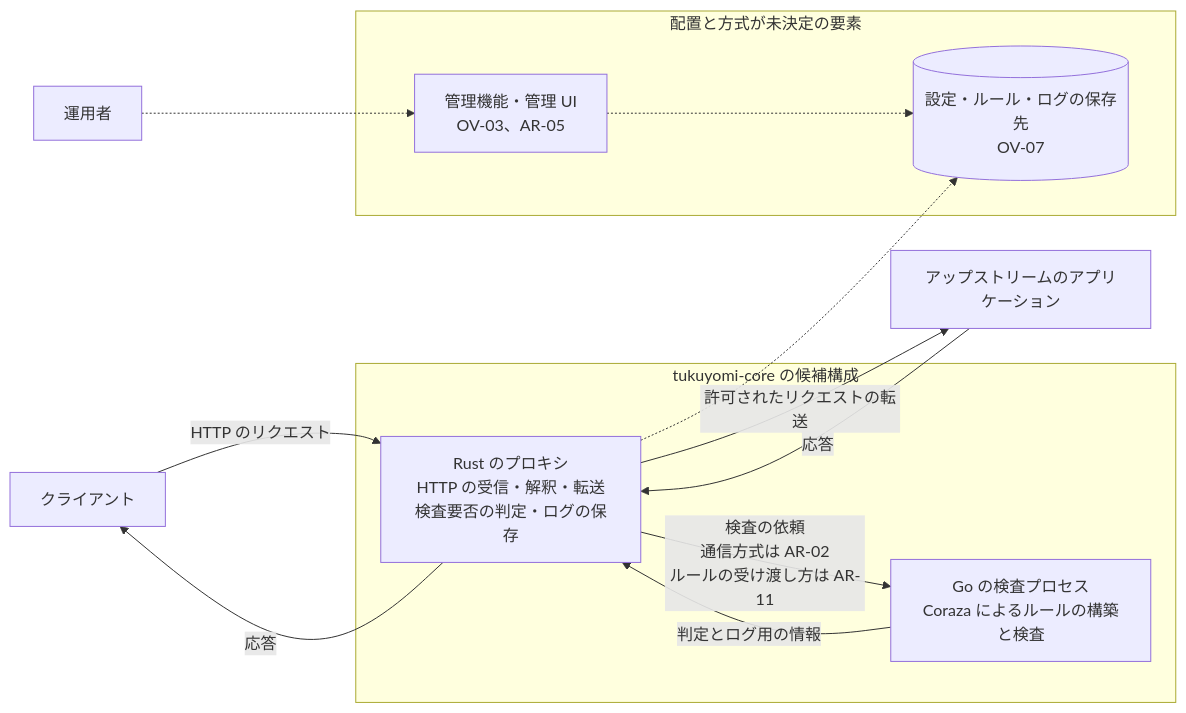
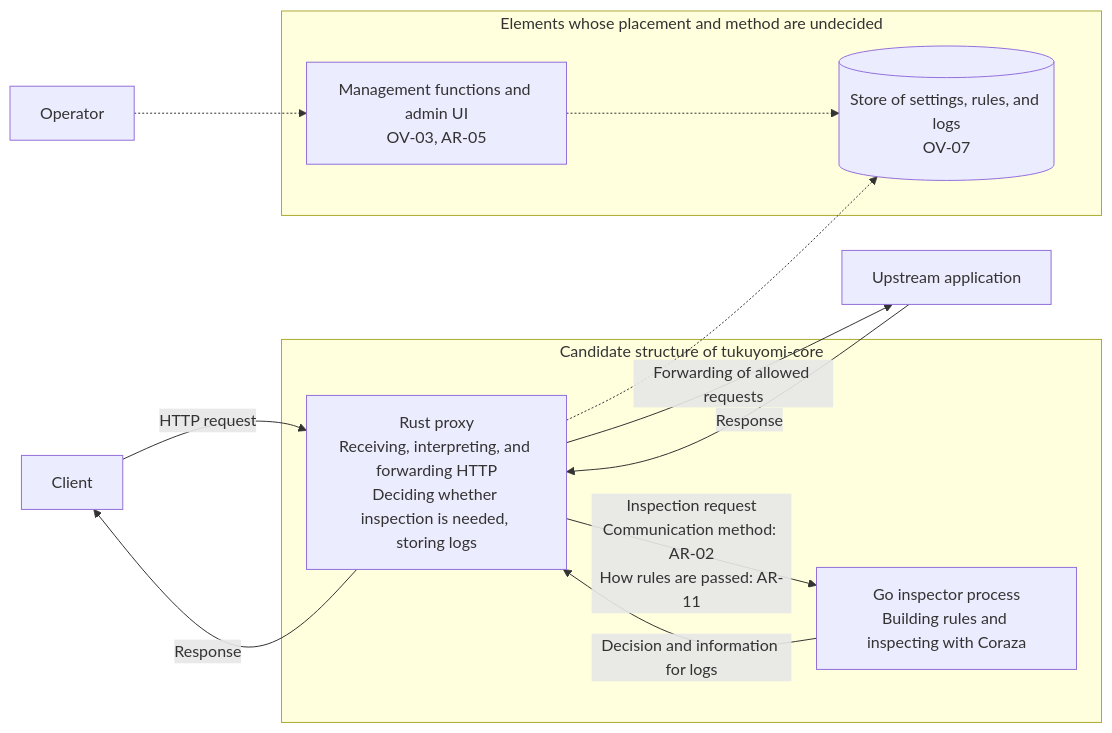
Before and after one commit to vril-dev/tukuyomi-core: the first of 2 diagrams in docs/detailed-design/00_overview/architecture.md, drawn with Mermaid. The commit also changed other lines of this file and 15 other files, not shown here.

````diff
--- a/docs/detailed-design/00_overview/architecture.md
+++ b/docs/detailed-design/00_overview/architecture.md
@@ -26,23 +28,23 @@
 ```mermaid
 flowchart LR
-    client["クライアント"]
-    upstream["アップストリームのアプリケーション"]
-    operator["運用者"]
-    subgraph candidate ["tukuyomi-core の候補構成"]
-        rust["Rust のプロキシ<br/>HTTP の受信・解釈・転送<br/>検査要否の判定・ログの保存"]
-        inspector["Go の検査プロセス<br/>Coraza によるルールの構築と検査"]
+    client["Client"]
+    upstream["Upstream application"]
+    operator["Operator"]
+    subgraph candidate ["Candidate structure of tukuyomi-core"]
+        rust["Rust proxy<br/>Receiving, interpreting, and forwarding HTTP<br/>Deciding whether inspection is needed, storing logs"]
+        inspector["Go inspector process<br/>Building rules and inspecting with Coraza"]
     end
-    subgraph undecided ["配置と方式が未決定の要素"]
-        store[("設定・ルール・ログの保存先<br/>OV-07")]
-        mgmt["管理機能・管理 UI<br/>OV-03、AR-05"]
+    subgraph undecided ["Elements whose placement and method are undecided"]
+        store[("Store of settings, rules, and logs<br/>OV-07")]
+        mgmt["Management functions and admin UI<br/>OV-03, AR-05"]
     end
-    client -->|"HTTP のリクエスト"| rust
-    rust -->|"許可されたリクエストの転送"| upstream
-    upstream -->|"応答"| rust
-    rust -->|"応答"| client
-    rust -->|"検査の依頼<br/>通信方式は AR-02<br/>ルールの受け渡し方は AR-11"| inspector
-    inspector -->|"判定とログ用の情報"| rust
+    client -->|"HTTP request"| rust
+    rust -->|"Forwarding of allowed requests"| upstream
+    upstream -->|"Response"| rust
+    rust -->|"Response"| client
+    rust -->|"Inspection request<br/>Communication method: AR-02<br/>How rules are passed: AR-11"| inspector
+    inspector -->|"Decision and information for logs"| rust
     rust -.-> store
     operator -.-> mgmt
     mgmt -.-> store
 ```
````
